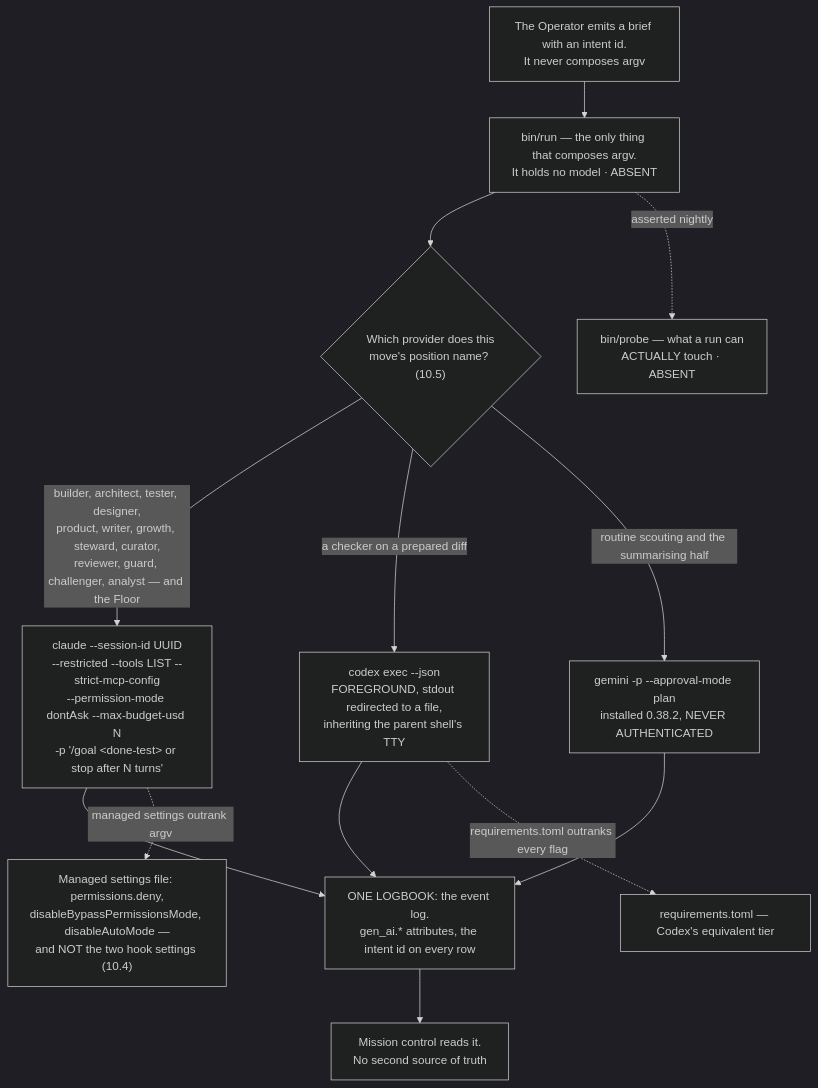
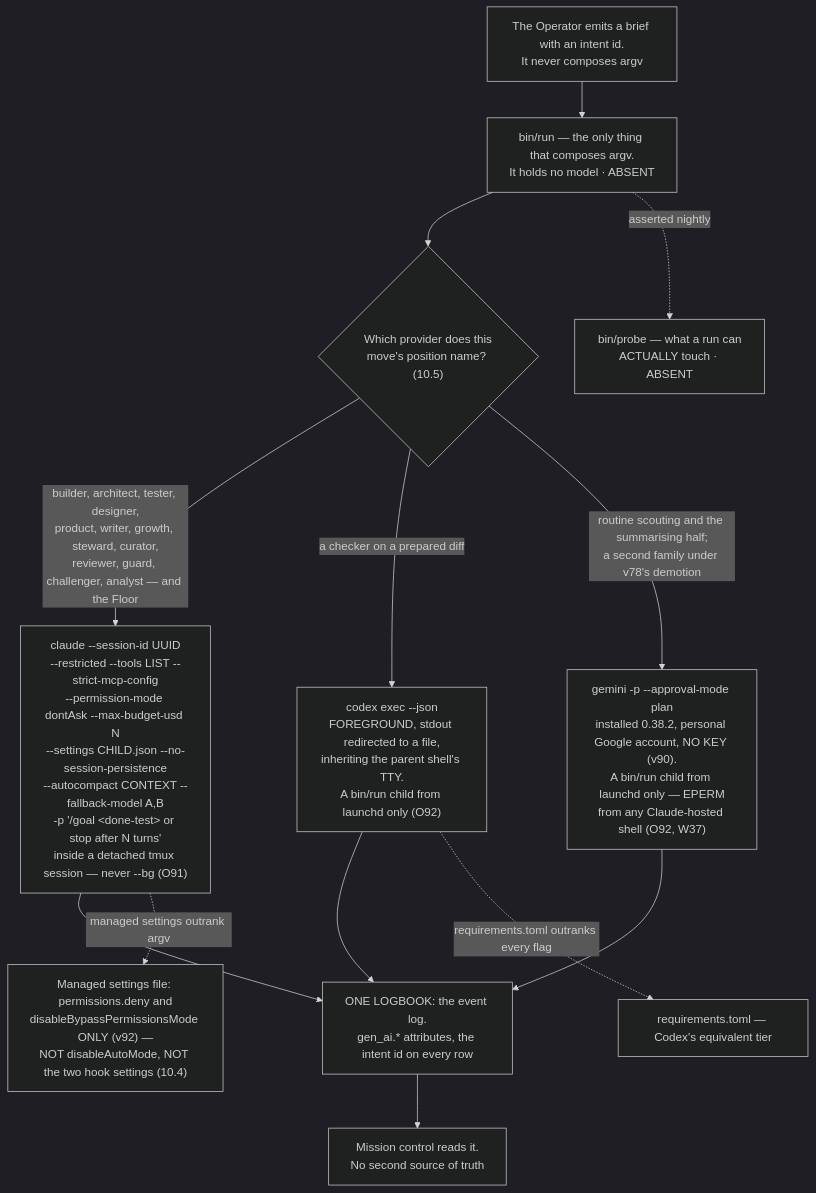
Before and after one commit to Adam077K/agentvibe: the diagram in docs/03-system-design/final-v2/parts/10-codex-and-claude-code.md, drawn with Mermaid (dark theme). The commit also changed other lines of this file and 3 other files, not shown here.

First line of the commit message:
docs(final-v2): fixer round applied to §9–§12 — fallback chain on the shipped flag, CLIs as the second family with no keys, daemon row, adequacy axis, R12 split, verb table, ladder, one stop verb

````diff
--- a/docs/03-system-design/final-v2/parts/10-codex-and-claude-code.md
+++ b/docs/03-system-design/final-v2/parts/10-codex-and-claude-code.md
@@ -38,15 +40,15 @@
 ```mermaid
 flowchart TD
     OP["The Operator emits a brief with an intent id.<br/>It never composes argv"] --> RUN["bin/run — the only thing that composes argv.<br/>It holds no model · ABSENT"]
     RUN --> PICK{"Which provider does this<br/>move's position name? (10.5)"}
-    PICK -->|"builder, architect, tester, designer,<br/>product, writer, growth, steward, curator,<br/>reviewer, guard, challenger, analyst — and the Floor"| CC["claude --session-id UUID<br/>--restricted --tools LIST --strict-mcp-config<br/>--permission-mode dontAsk --max-budget-usd N<br/>-p '/goal &lt;done-test&gt; or stop after N turns'"]
-    PICK -->|"a checker on a prepared diff"| CX["codex exec --json<br/>FOREGROUND, stdout redirected to a file,<br/>inheriting the parent shell's TTY"]
-    PICK -->|"routine scouting and the summarising half"| GM["gemini -p --approval-mode plan<br/>installed 0.38.2, NEVER AUTHENTICATED"]
+    PICK -->|"builder, architect, tester, designer,<br/>product, writer, growth, steward, curator,<br/>reviewer, guard, challenger, analyst — and the Floor"| CC["claude --session-id UUID<br/>--restricted --tools LIST --strict-mcp-config<br/>--permission-mode dontAsk --max-budget-usd N<br/>--settings CHILD.json --no-session-persistence<br/>--autocompact CONTEXT --fallback-model A,B<br/>-p '/goal &lt;done-test&gt; or stop after N turns'<br/>inside a detached tmux session — never --bg (O91)"]
+    PICK -->|"a checker on a prepared diff"| CX["codex exec --json<br/>FOREGROUND, stdout redirected to a file,<br/>inheriting the parent shell's TTY.<br/>A bin/run child from launchd only (O92)"]
+    PICK -->|"routine scouting and the summarising half;<br/>a second family under v78's demotion"| GM["gemini -p --approval-mode plan<br/>installed 0.38.2, personal Google account, NO KEY (v90).<br/>A bin/run child from launchd only — EPERM<br/>from any Claude-hosted shell (O92, W37)"]
     CC --> LOG["ONE LOGBOOK: the event log.<br/>gen_ai.* attributes, the intent id on every row"]
     CX --> LOG
     GM --> LOG
     LOG --> MC["Mission control reads it.<br/>No second source of truth"]
-    CC -.->|"managed settings outrank argv"| MS["Managed settings file: permissions.deny,<br/>disableBypassPermissionsMode, disableAutoMode —<br/>and NOT the two hook settings (10.4)"]
+    CC -.->|"managed settings outrank argv"| MS["Managed settings file: permissions.deny and<br/>disableBypassPermissionsMode ONLY (v92) —<br/>NOT disableAutoMode, NOT the two hook settings (10.4)"]
     CX -.->|"requirements.toml outranks every flag"| RQ["requirements.toml — Codex's equivalent tier"]
     RUN -.->|"asserted nightly"| PROBE["bin/probe — what a run can<br/>ACTUALLY touch · ABSENT"]
 ```
````
